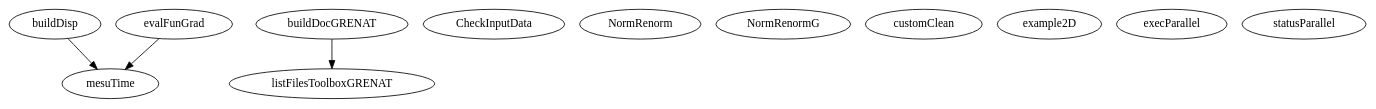
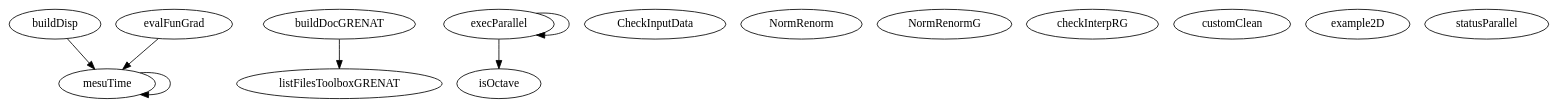
One commit to luclaurent/GRENAT changed the diagram in doc/GRENAT/src/various/graph.dot. Above: the diagram before and after it, drawn with Graphviz. The commit also changed 144 other files, not shown here.

```diff
--- a/doc/GRENAT/src/various/graph.dot
+++ b/doc/GRENAT/src/various/graph.dot
@@ -1,19 +1,24 @@
 /* Created by mdot for Matlab */
 digraph m2html {
   buildDisp -> mesuTime;
   buildDocGRENAT -> listFilesToolboxGRENAT;
   evalFunGrad -> mesuTime;
+  execParallel -> execParallel;
+  execParallel -> isOctave;
+  mesuTime -> mesuTime;
 
   CheckInputData [URL="CheckInputData.html"];
   NormRenorm [URL="NormRenorm.html"];
   NormRenormG [URL="NormRenormG.html"];
   buildDisp [URL="buildDisp.html"];
   buildDocGRENAT [URL="buildDocGRENAT.html"];
+  checkInterpRG [URL="checkInterpRG.html"];
   customClean [URL="customClean.html"];
   evalFunGrad [URL="evalFunGrad.html"];
   example2D [URL="example2D.html"];
   execParallel [URL="execParallel.html"];
+  isOctave [URL="isOctave.html"];
   listFilesToolboxGRENAT [URL="listFilesToolboxGRENAT.html"];
   mesuTime [URL="mesuTime.html"];
   statusParallel [URL="statusParallel.html"];
 }
```
